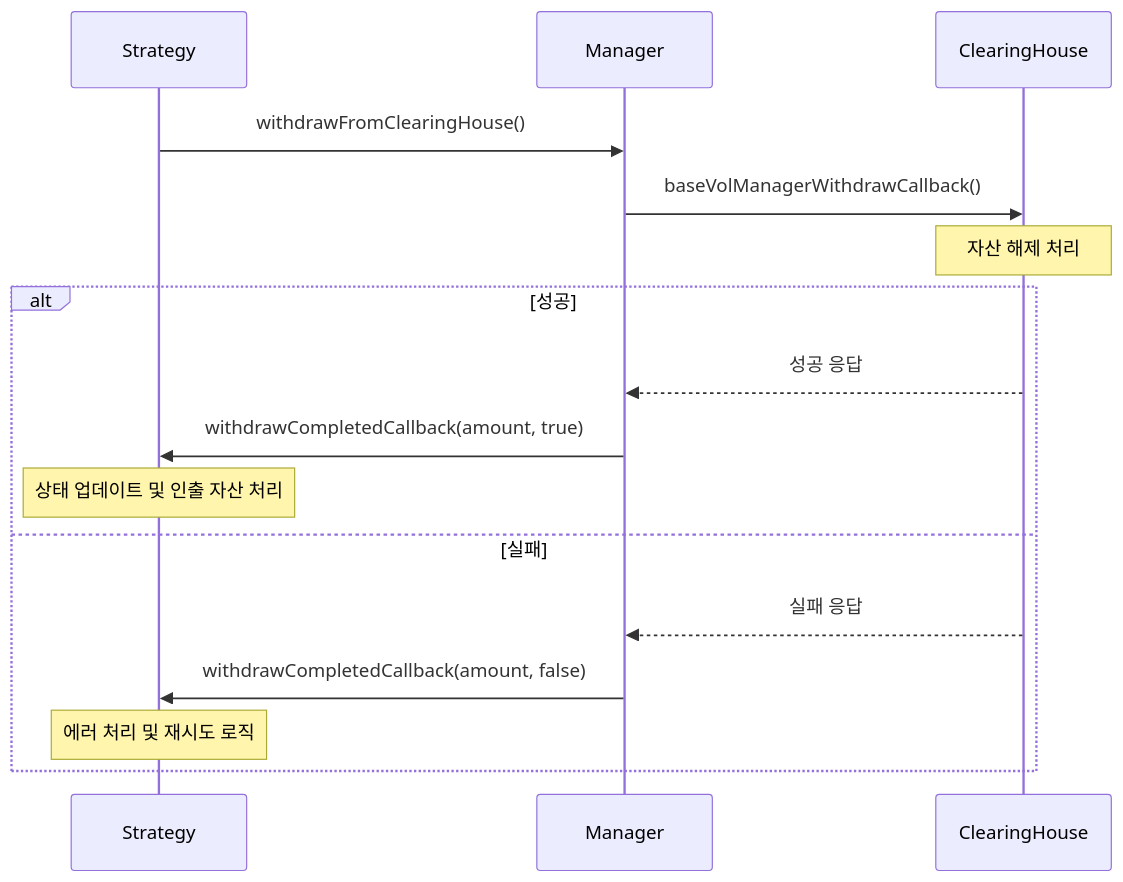
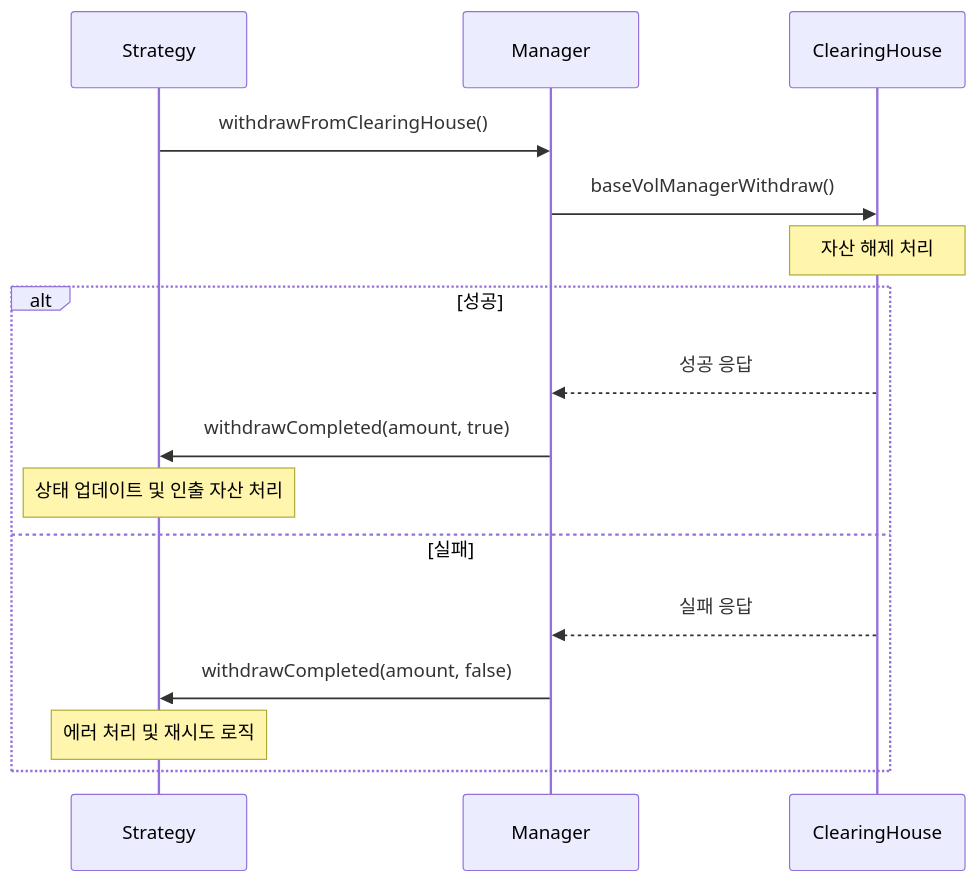
The seventh of 7 diagrams in contracts/core/vault/genesisvault.md (stvol-official/basevol-contract), drawn with Mermaid before and after one commit. The commit also changed other lines of this file and 8 other files, not shown here.

````diff
--- a/contracts/core/vault/genesisvault.md
+++ b/contracts/core/vault/genesisvault.md
@@ -476,20 +476,20 @@
 ```mermaid
 sequenceDiagram
     participant Strategy
     participant Manager
     participant ClearingHouse
 
     Strategy->>Manager: withdrawFromClearingHouse()
-    Manager->>ClearingHouse: baseVolManagerWithdrawCallback()
+    Manager->>ClearingHouse: baseVolManagerWithdraw()
     Note over ClearingHouse: 자산 해제 처리
 
     alt 성공
         ClearingHouse-->>Manager: 성공 응답
-        Manager->>Strategy: withdrawCompletedCallback(amount, true)
+        Manager->>Strategy: withdrawCompleted(amount, true)
         Note over Strategy: 상태 업데이트 및 인출 자산 처리
     else 실패
         ClearingHouse-->>Manager: 실패 응답
-        Manager->>Strategy: withdrawCompletedCallback(amount, false)
+        Manager->>Strategy: withdrawCompleted(amount, false)
         Note over Strategy: 에러 처리 및 재시도 로직
     end
 ```
````
